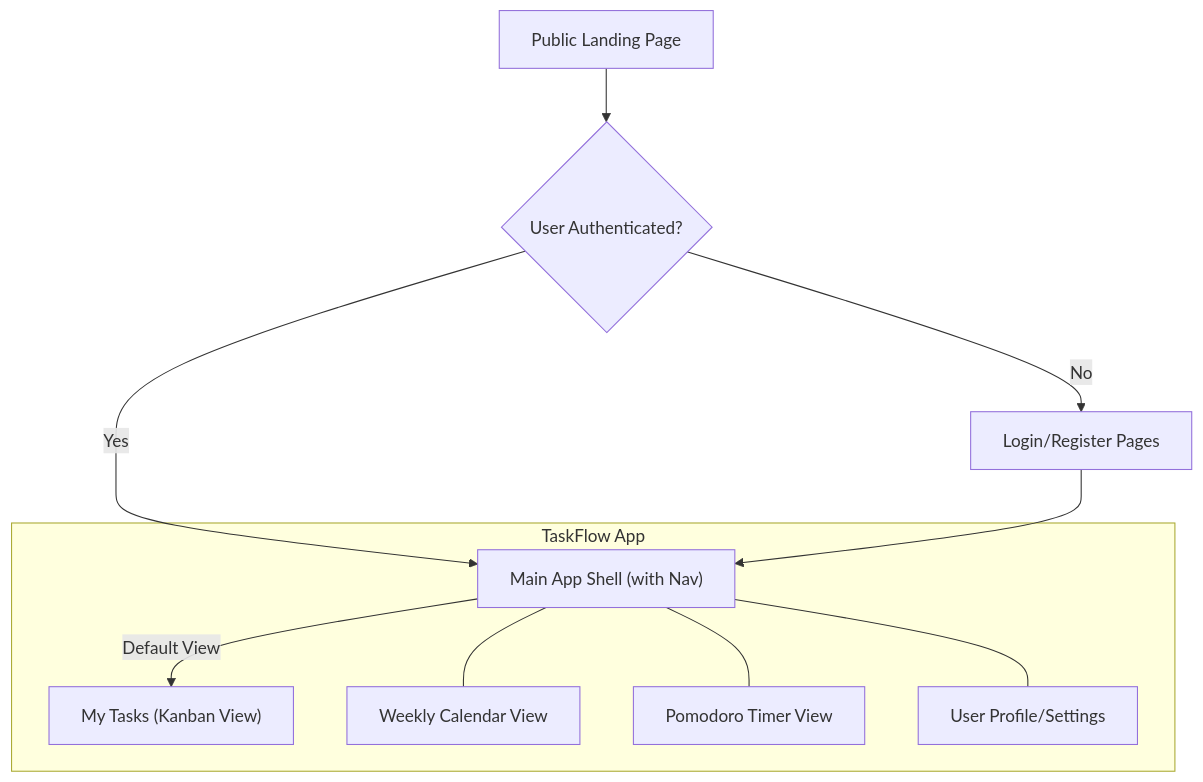
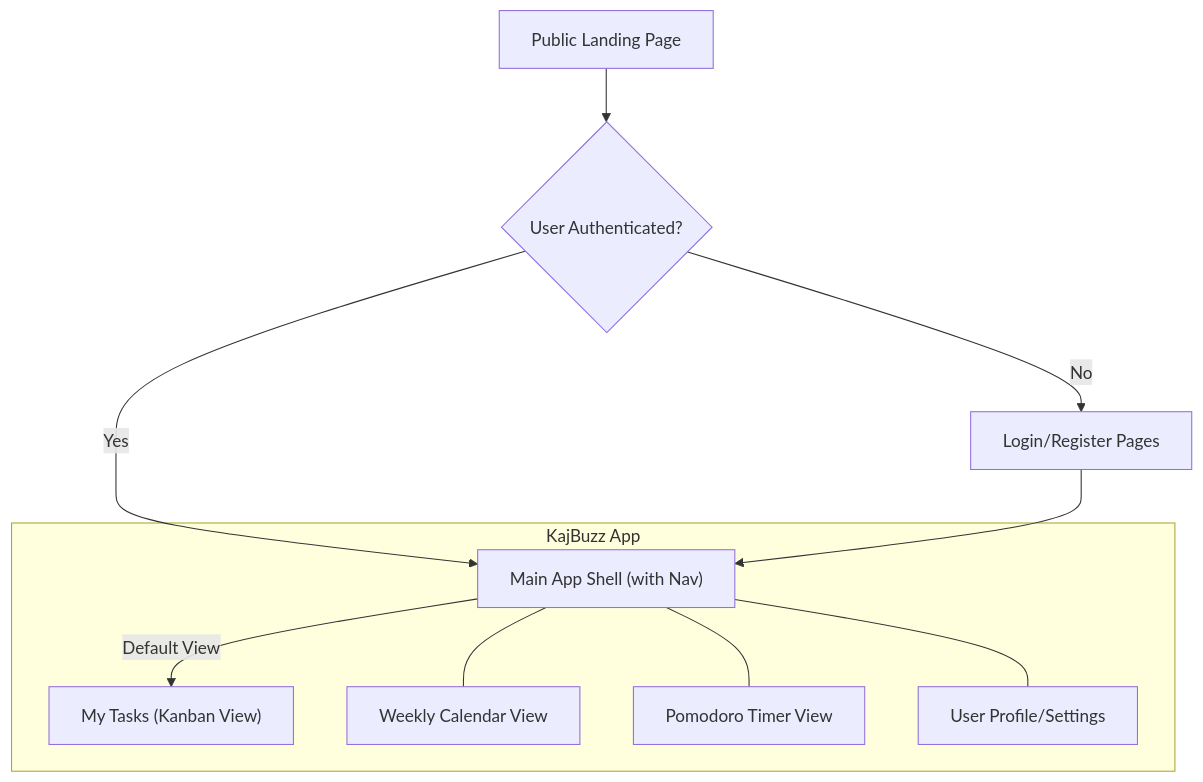
The first of 2 diagrams in docs/front-end-spec.md (rayedriasat/intelligent_task_planner), drawn with Mermaid before and after one commit. The commit also changed 21 other files, not shown here.

First line of the commit message:
refactor(branding): rename all references from TaskFlow to KajBuzz

````diff
--- a/docs/front-end-spec.md
+++ b/docs/front-end-spec.md
@@ -36,14 +36,14 @@
 ```mermaid
 graph TD
     A[Public Landing Page] --> B{User Authenticated?};
     B -- No --> C[Login/Register Pages];
     B -- Yes --> D["Main App Shell (with Nav)"];
     C --> D;
 
-    subgraph "TaskFlow App"
+    subgraph "KajBuzz App"
       D -- Default View --> E["My Tasks (Kanban View)"];
       D --- F[Weekly Calendar View];
       D --- G[Pomodoro Timer View];
       D --- H[User Profile/Settings];
     end
 ```
````
